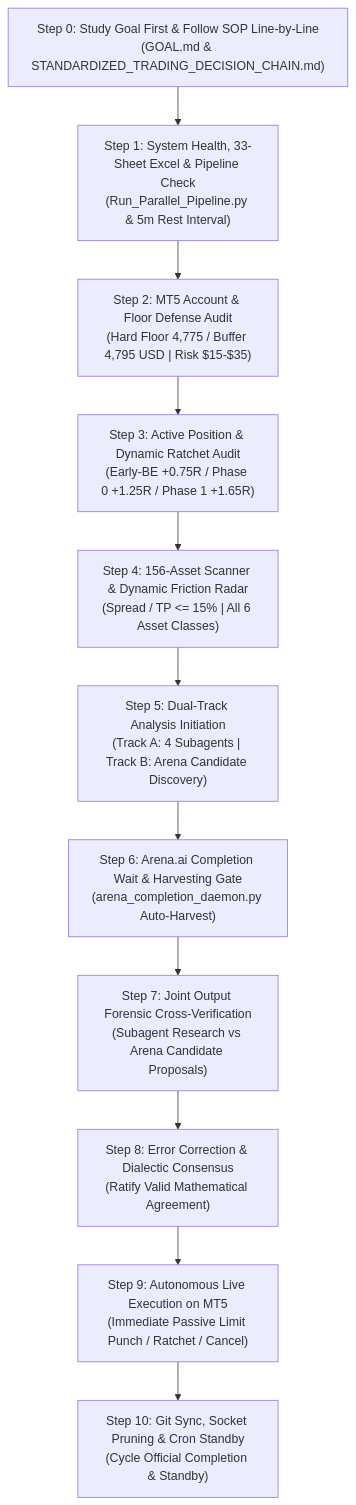
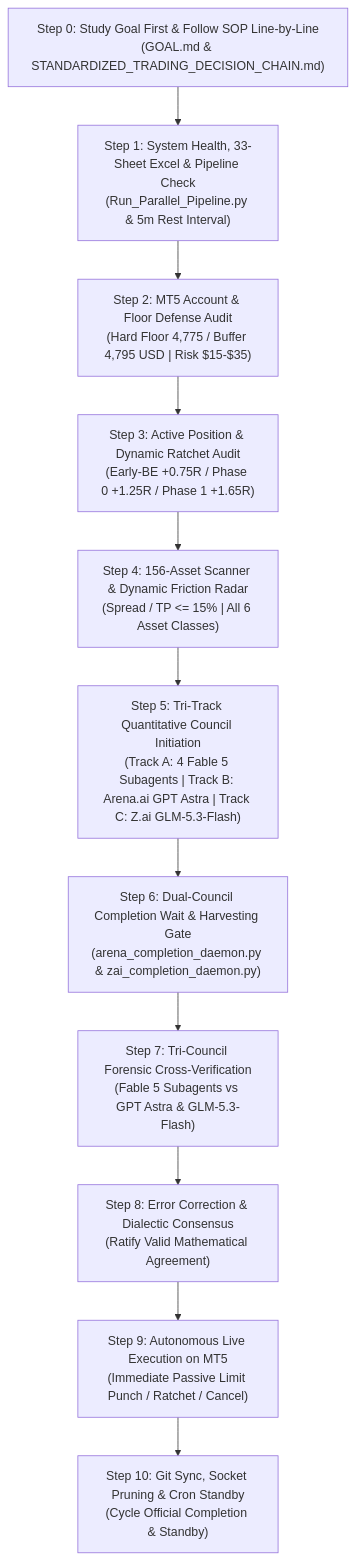
The diagram in Data/Manditory/AUTONOMOUS_WAKEUP_CHECKLIST.md (kbsingh1399/Trading_2), drawn with Mermaid before and after one commit. The commit also changed 125 other files, not shown here.

````diff
--- a/Data/Manditory/AUTONOMOUS_WAKEUP_CHECKLIST.md
+++ b/Data/Manditory/AUTONOMOUS_WAKEUP_CHECKLIST.md
@@ -138,12 +138,12 @@
 ```mermaid
 flowchart TD
     S0["Step 0: Study Goal First & Follow SOP Line-by-Line<br/>(GOAL.md & STANDARDIZED_TRADING_DECISION_CHAIN.md)"] --> S1["Step 1: System Health, 33-Sheet Excel & Pipeline Check<br/>(Run_Parallel_Pipeline.py & 5m Rest Interval)"] --> S2["Step 2: MT5 Account & Floor Defense Audit<br/>(Hard Floor 4,775 / Buffer 4,795 USD | Risk $15-$35)"]
     S2 --> S3["Step 3: Active Position & Dynamic Ratchet Audit<br/>(Early-BE +0.75R / Phase 0 +1.25R / Phase 1 +1.65R)"]
     S3 --> S4["Step 4: 156-Asset Scanner & Dynamic Friction Radar<br/>(Spread / TP <= 15% | All 6 Asset Classes)"]
-    S4 --> S5["Step 5: Dual-Track Analysis Initiation<br/>(Track A: 4 Subagents | Track B: Arena Candidate Discovery)"]
-    S5 --> S6["Step 6: Arena.ai Completion Wait & Harvesting Gate<br/>(arena_completion_daemon.py Auto-Harvest)"]
-    S6 --> S7["Step 7: Joint Output Forensic Cross-Verification<br/>(Subagent Research vs Arena Candidate Proposals)"]
+    S4 --> S5["Step 5: Tri-Track Quantitative Council Initiation<br/>(Track A: 4 Fable 5 Subagents | Track B: Arena.ai GPT Astra | Track C: Z.ai GLM-5.3-Flash)"]
+    S5 --> S6["Step 6: Dual-Council Completion Wait & Harvesting Gate<br/>(arena_completion_daemon.py & zai_completion_daemon.py)"]
+    S6 --> S7["Step 7: Tri-Council Forensic Cross-Verification<br/>(Fable 5 Subagents vs GPT Astra & GLM-5.3-Flash)"]
     S8 --> S9["Step 9: Autonomous Live Execution on MT5<br/>(Immediate Passive Limit Punch / Ratchet / Cancel)"]
     S7 --> S8["Step 8: Error Correction & Dialectic Consensus<br/>(Ratify Valid Mathematical Agreement)"]
     S9 --> S10["Step 10: Git Sync, Socket Pruning & Cron Standby<br/>(Cycle Official Completion & Standby)"]
 ```
````
